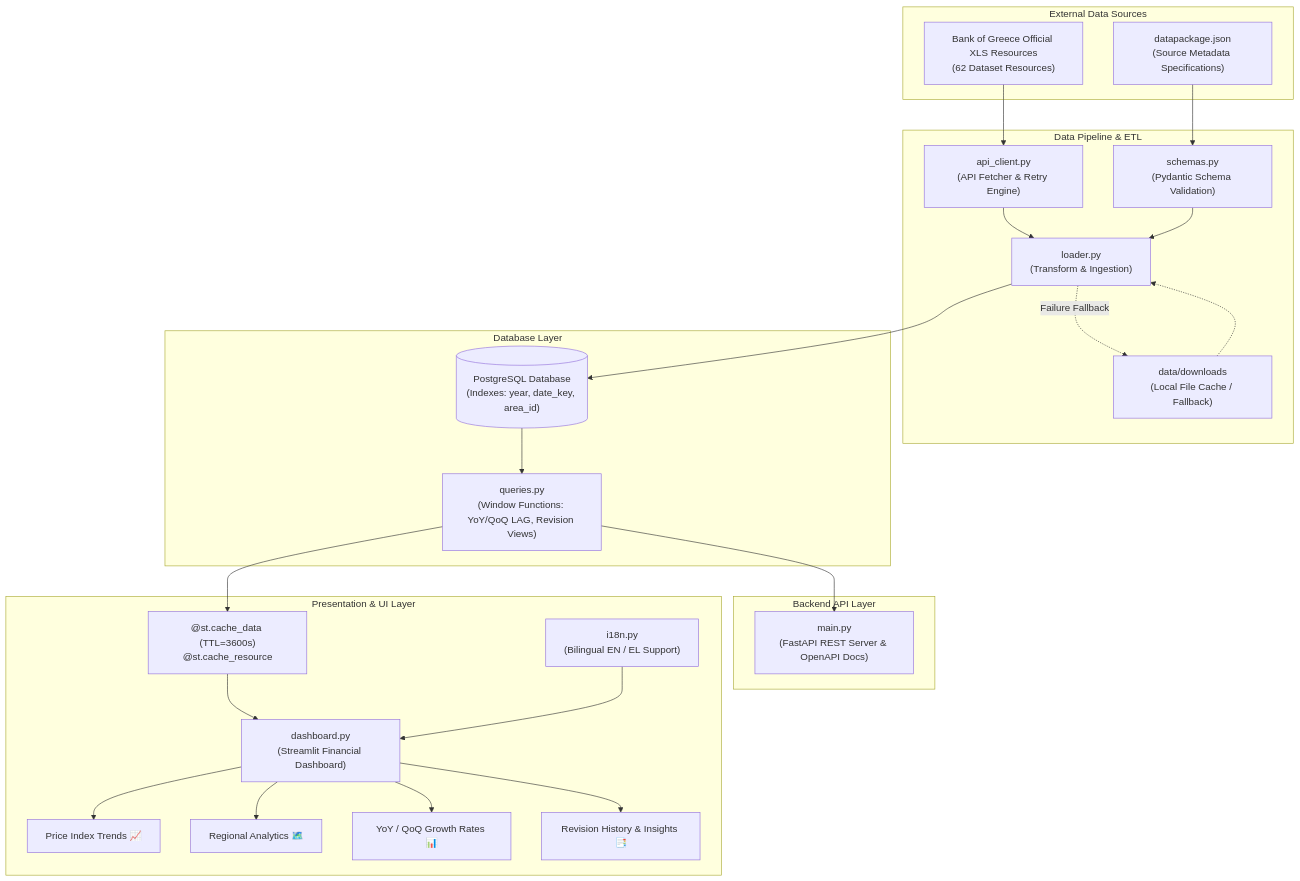
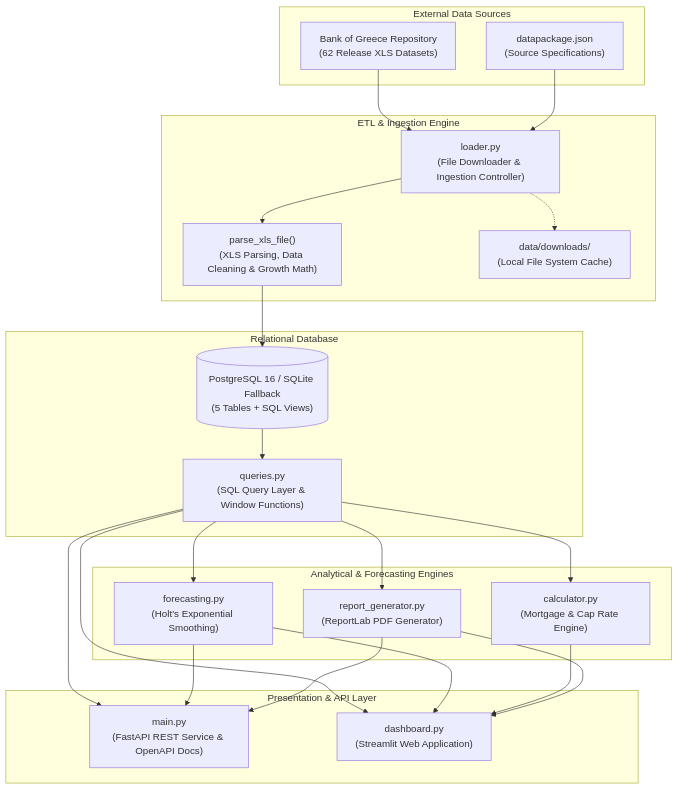
The first of 2 diagrams in README.md (tsakirisand/Greek-Real-Estate-Analytics), drawn with Mermaid before and after one commit. The commit also changed other lines of this file, not shown here.

````diff
--- a/README.md
+++ b/README.md
@@ -39,54 +28,48 @@
 ```mermaid
 flowchart TD
-    subgraph ExternalSources["External Data Sources"]
-        BoG["Bank of Greece Official XLS Resources<br/>(62 Dataset Resources)"]
-        Meta["datapackage.json<br/>(Source Metadata Specifications)"]
+    subgraph DataSources["External Data Sources"]
+        BoG["Bank of Greece Repository<br/>(62 Release XLS Datasets)"]
+        Meta["datapackage.json<br/>(Source Specifications)"]
     end
 
-    subgraph ETLPipeline["Data Pipeline & ETL"]
-        APIClient["api_client.py<br/>(API Fetcher & Retry Engine)"]
-        Schemas["schemas.py<br/>(Pydantic Schema Validation)"]
-        Loader["loader.py<br/>(Transform & Ingestion)"]
-        Fallback["data/downloads<br/>(Local File Cache / Fallback)"]
+    subgraph ETLPipeline["ETL & Ingestion Engine"]
+        Loader["loader.py<br/>(File Downloader & Ingestion Controller)"]
+        Parser["parse_xls_file()<br/>(XLS Parsing, Data Cleaning & Growth Math)"]
+        Cache["data/downloads/<br/>(Local File System Cache)"]
     end
 
-    subgraph DBLayer["Database Layer"]
-        Postgres[("PostgreSQL Database<br/>(Indexes: year, date_key, area_id)")]
-        Queries["queries.py<br/>(Window Functions: YoY/QoQ LAG, Revision Views)"]
+    subgraph DatabaseLayer["Relational Database"]
+        Postgres[("PostgreSQL 16 / SQLite Fallback<br/>(5 Tables + SQL Views)")]
+        Queries["queries.py<br/>(SQL Query Layer & Window Functions)"]
     end
 
-    subgraph BackendAPI["Backend API Layer"]
-        FastAPI["main.py<br/>(FastAPI REST Server & OpenAPI Docs)"]
+    subgraph CoreEngine["Analytical & Forecasting Engines"]
+        MLForecast["forecasting.py<br/>(Holt's Exponential Smoothing)"]
+        ROICalc["calculator.py<br/>(Mortgage & Cap Rate Engine)"]
+        PDFGen["report_generator.py<br/>(ReportLab PDF Generator)"]
     end
 
-    subgraph UILayer["Presentation & UI Layer"]
-        Cache["@st.cache_data (TTL=3600s)<br/>@st.cache_resource"]
-        i18n["i18n.py<br/>(Bilingual EN / EL Support)"]
-        Dashboard["dashboard.py<br/>(Streamlit Financial Dashboard)"]
-        
-        Trends["Price Index Trends 📈"]
-        Regional["Regional Analytics 🗺️"]
-        Growth["YoY / QoQ Growth Rates 📊"]
-        Revisions["Revision History & Insights 📑"]
+    subgraph PresentationLayer["Presentation & API Layer"]
+        FastAPI["main.py<br/>(FastAPI REST Service & OpenAPI Docs)"]
+        Dashboard["dashboard.py<br/>(Streamlit Web Application)"]
     end
 
-    BoG --> APIClient
-    Meta --> Schemas
-    APIClient --> Loader
-    Schemas --> Loader
-    Loader -.->|"Failure Fallback"| Fallback
-    Fallback -.-> Loader
-    Loader --> Postgres
+    BoG --> Loader
+    Meta --> Loader
+    Loader --> Parser
+    Loader -.-> Cache
+    Parser --> Postgres
 
     Postgres --> Queries
     Queries --> FastAPI
-    Queries --> Cache
+    Queries --> Dashboard
+    Queries --> MLForecast
+    Queries --> ROICalc
+    Queries --> PDFGen
 
-    Cache --> Dashboard
-    i18n --> Dashboard
-
-    Dashboard --> Trends
-    Dashboard --> Regional
-    Dashboard --> Growth
-    Dashboard --> Revisions
+    MLForecast --> FastAPI
+    MLForecast --> Dashboard
+    ROICalc --> Dashboard
+    PDFGen --> FastAPI
+    PDFGen --> Dashboard
 ```
````
